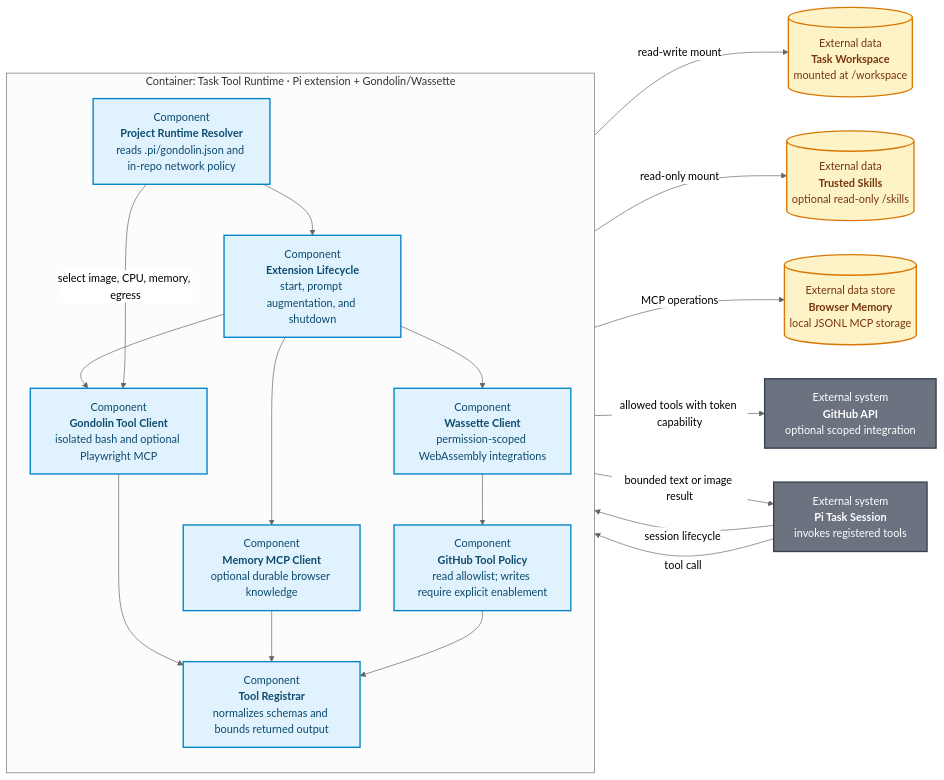
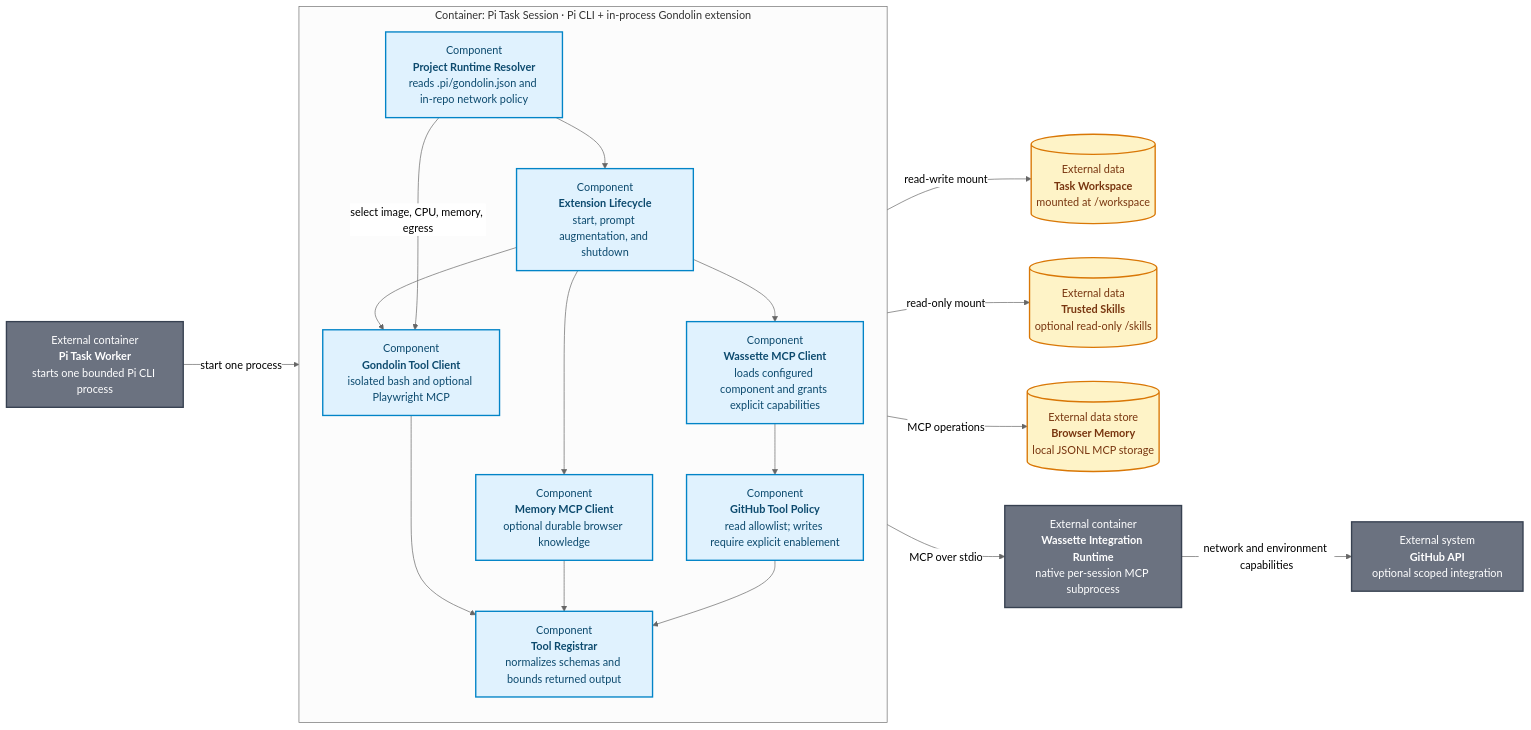
One commit to ragavsathish/agent-workload-platform changed the diagram in products/voice-agent/docs/architecture/c3-task-tool-runtime.mmd. Above: the diagram before and after it, drawn with Mermaid (neutral theme). The commit also changed 28 other files, not shown here.

```diff
--- a/products/voice-agent/docs/architecture/c3-task-tool-runtime.mmd
+++ b/products/voice-agent/docs/architecture/c3-task-tool-runtime.mmd
@@ -1,40 +1,40 @@
 flowchart LR
-    PI[External system<br/><b>Pi Task Session</b><br/>invokes registered tools]
+    WORKER[External container<br/><b>Pi Task Worker</b><br/>starts one bounded Pi CLI process]
     WORKSPACE[(External data<br/><b>Task Workspace</b><br/>mounted at /workspace)]
     SKILLS[(External data<br/><b>Trusted Skills</b><br/>optional read-only /skills)]
     MEMORY[(External data store<br/><b>Browser Memory</b><br/>local JSONL MCP storage)]
     GITHUB[External system<br/><b>GitHub API</b><br/>optional scoped integration]
+    WASSETTE_RUNTIME[External container<br/><b>Wassette Integration Runtime</b><br/>native per-session MCP subprocess]
 
-    subgraph RUNTIME["Container: Task Tool Runtime · Pi extension + Gondolin/Wassette"]
+    subgraph RUNTIME["Container: Pi Task Session · Pi CLI + in-process Gondolin extension"]
         direction TB
         CONFIG["Component<br/><b>Project Runtime Resolver</b><br/>reads .pi/gondolin.json and in-repo network policy"]
         LIFECYCLE["Component<br/><b>Extension Lifecycle</b><br/>start, prompt augmentation, and shutdown"]
         VM["Component<br/><b>Gondolin Tool Client</b><br/>isolated bash and optional Playwright MCP"]
         MEM["Component<br/><b>Memory MCP Client</b><br/>optional durable browser knowledge"]
-        WASSETTE["Component<br/><b>Wassette Client</b><br/>permission-scoped WebAssembly integrations"]
+        WASSETTE["Component<br/><b>Wassette MCP Client</b><br/>loads configured component and grants explicit capabilities"]
         POLICY["Component<br/><b>GitHub Tool Policy</b><br/>read allowlist; writes require explicit enablement"]
         REGISTRY["Component<br/><b>Tool Registrar</b><br/>normalizes schemas and bounds returned output"]
 
         CONFIG --> LIFECYCLE --> VM
         LIFECYCLE --> MEM
         LIFECYCLE --> WASSETTE --> POLICY
         VM --> REGISTRY
         MEM --> REGISTRY
         POLICY --> REGISTRY
     end
 
-    PI -->|"session lifecycle"| LIFECYCLE
-    PI -->|"tool call"| REGISTRY
+    WORKER -->|"start one process"| LIFECYCLE
     CONFIG -->|"select image, CPU, memory, egress"| VM
     VM -->|"read-write mount"| WORKSPACE
     VM -->|"read-only mount"| SKILLS
     MEM -->|"MCP operations"| MEMORY
-    POLICY -->|"allowed tools with token capability"| GITHUB
-    REGISTRY -->|"bounded text or image result"| PI
+    WASSETTE -->|"MCP over stdio"| WASSETTE_RUNTIME
+    WASSETTE_RUNTIME -->|"network and environment capabilities"| GITHUB
 
     classDef component fill:#e0f2fe,color:#0c4a6e,stroke:#0284c7,stroke-width:2px;
     classDef external fill:#6b7280,color:#fff,stroke:#374151,stroke-width:2px;
     classDef data fill:#fef3c7,color:#78350f,stroke:#d97706,stroke-width:2px;
     class CONFIG,LIFECYCLE,VM,MEM,WASSETTE,POLICY,REGISTRY component;
-    class PI,GITHUB external;
+    class WORKER,GITHUB,WASSETTE_RUNTIME external;
     class WORKSPACE,SKILLS,MEMORY data;
```
